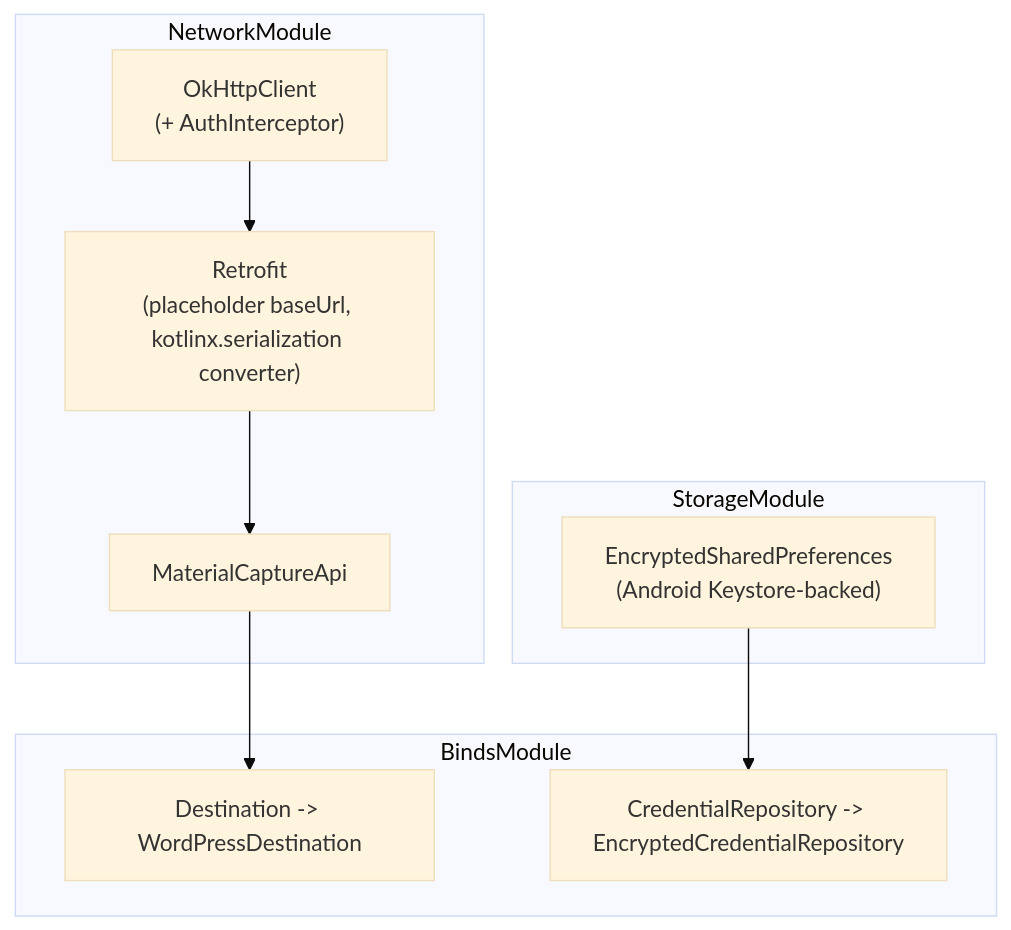
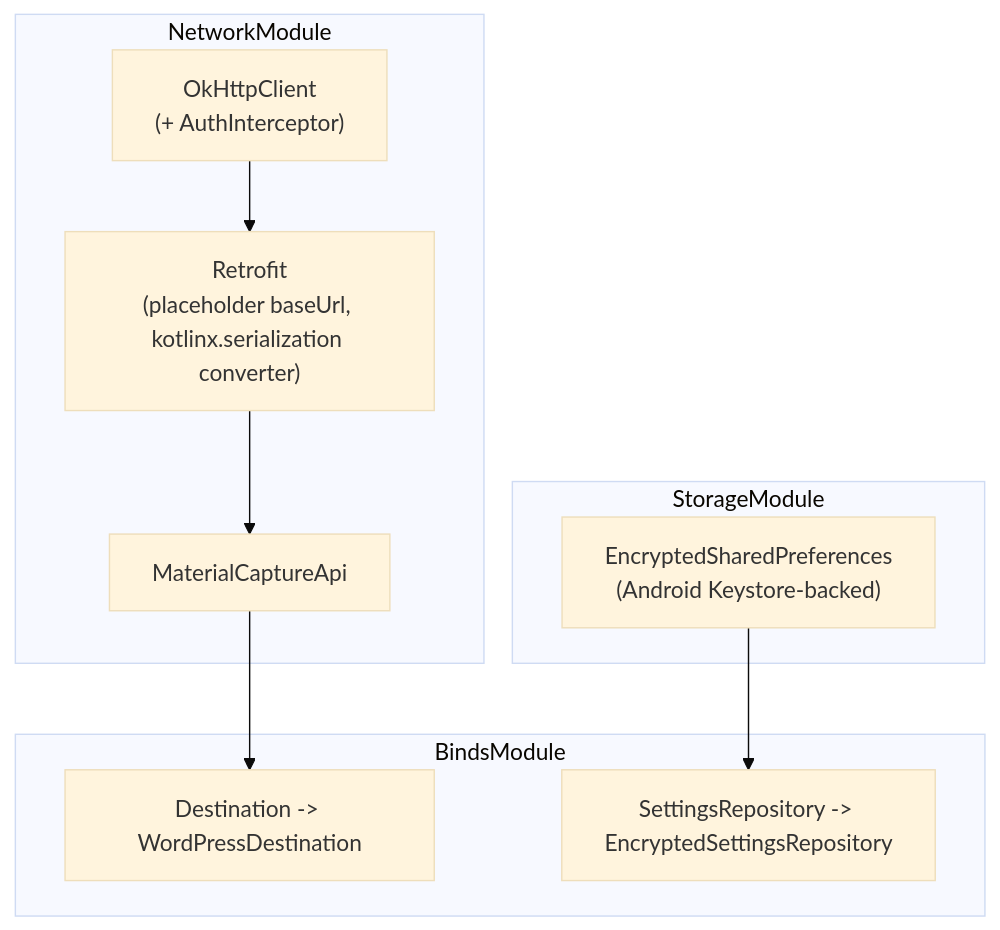
Before and after one commit to dopodomani/wp-share-to-draft: the third of 4 diagrams in docs/phase3-android-app-design.md, drawn with Mermaid (base theme). The commit also changed other lines of this file, not shown here.

````diff
--- a/docs/phase3-android-app-design.md
+++ b/docs/phase3-android-app-design.md
@@ -268,19 +307,19 @@
 ```mermaid
 flowchart TB
     subgraph NetworkModule
         OkHttp["OkHttpClient\n(+ AuthInterceptor)"]
         RetrofitInst["Retrofit\n(placeholder baseUrl, kotlinx.serialization converter)"]
         ApiInst["MaterialCaptureApi"]
     end
     subgraph BindsModule
         DestBind["Destination -> WordPressDestination"]
-        CredBind["CredentialRepository -> EncryptedCredentialRepository"]
+        SettingsBind["SettingsRepository -> EncryptedSettingsRepository"]
     end
     subgraph StorageModule
         EncPrefs["EncryptedSharedPreferences\n(Android Keystore-backed)"]
     end
 
     OkHttp --> RetrofitInst --> ApiInst
-    EncPrefs --> CredBind
+    EncPrefs --> SettingsBind
     ApiInst --> DestBind
 ```
````
